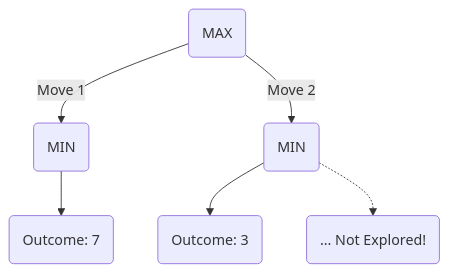
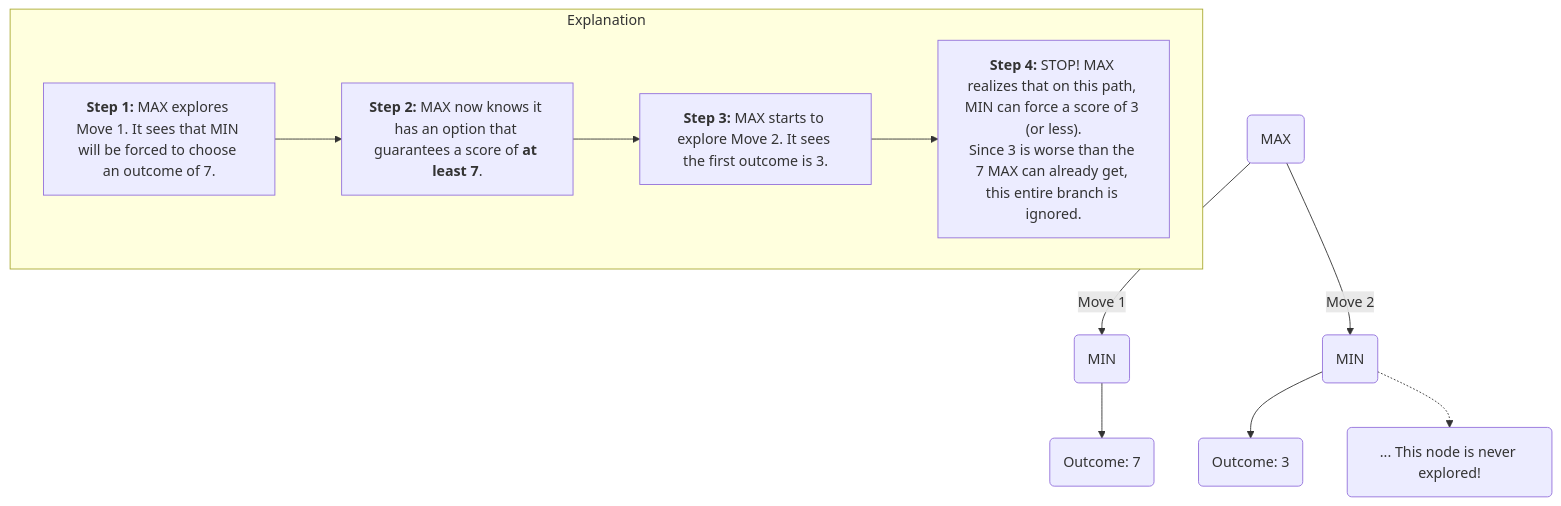
One commit to eltay89/eltay89.github.io changed the fourth of 4 diagrams in _posts/2025-08-08-ai-search-algorithms-a-z.md. Above: the diagram before and after it, drawn with Mermaid. The commit also changed other lines of this file, not shown here.

````diff
--- a/_posts/2025-08-08-ai-search-algorithms-a-z.md
+++ b/_posts/2025-08-08-ai-search-algorithms-a-z.md
@@ -161,10 +154,17 @@
 ```mermaid
 graph TD
     A("MAX") -- "Move 1" --> B("MIN");
     A -- "Move 2" --> C("MIN");
     
     B --> D("Outcome: 7");
     
     C --> F("Outcome: 3");
-    C -.-> G("... Not Explored!");
+    C -.-> G("... This node is never explored!");
+
+    subgraph "Explanation"
+      L1["<b>Step 1:</b> MAX explores Move 1. It sees that MIN will be forced to choose an outcome of 7."] -->
+      L2["<b>Step 2:</b> MAX now knows it has an option that guarantees a score of <b>at least 7</b>."] -->
+      L3["<b>Step 3:</b> MAX starts to explore Move 2. It sees the first outcome is 3."] -->
+      L4["<b>Step 4:</b> STOP! MAX realizes that on this path, MIN can force a score of 3 (or less).<br>Since 3 is worse than the 7 MAX can already get, this entire branch is ignored."]
+    end
 ```
````
